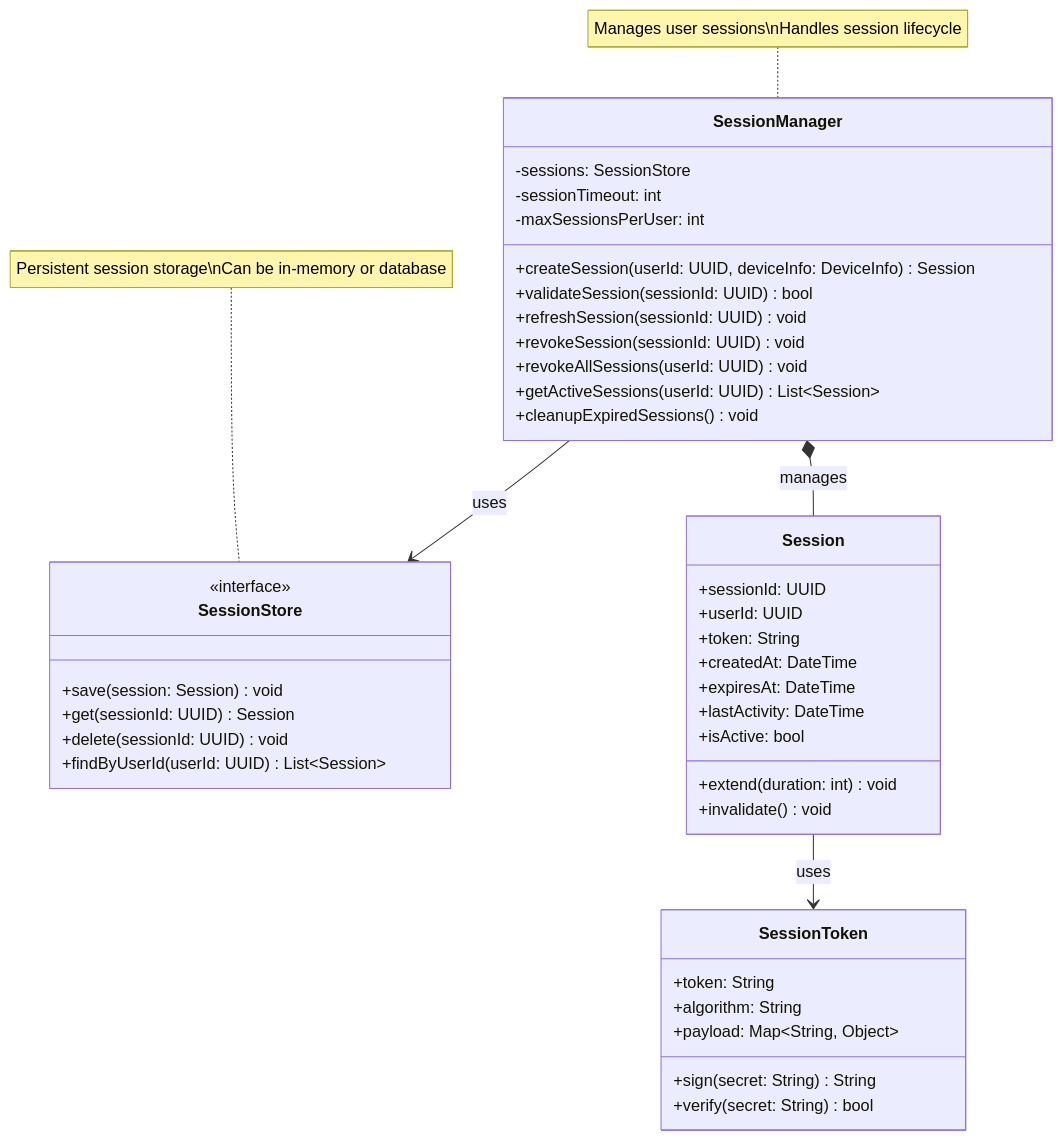
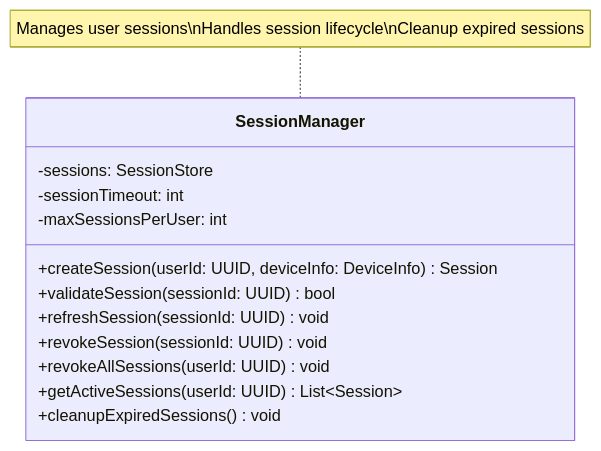
One commit to mj010101/swe_25f changed diagram 14 of 18 in diagrams/business_class_diagram.md. Above: the diagram before and after it, drawn with Mermaid. The commit also changed other lines of this file, not shown here.

Commit message:
fix: business class diagram

````diff
--- a/diagrams/business_class_diagram.md
+++ b/diagrams/business_class_diagram.md
@@ -987,52 +458,19 @@
 ```mermaid
 classDiagram
     direction TB
 
     class SessionManager {
         -sessions: SessionStore
         -sessionTimeout: int
         -maxSessionsPerUser: int
         +createSession(userId: UUID, deviceInfo: DeviceInfo) Session
         +validateSession(sessionId: UUID) bool
         +refreshSession(sessionId: UUID) void
         +revokeSession(sessionId: UUID) void
         +revokeAllSessions(userId: UUID) void
         +getActiveSessions(userId: UUID) List~Session~
         +cleanupExpiredSessions() void
     }
 
-    class SessionStore {
-        <<interface>>
-        +save(session: Session) void
-        +get(sessionId: UUID) Session
-        +delete(sessionId: UUID) void
-        +findByUserId(userId: UUID) List~Session~
-    }
-
-    class Session {
-        +sessionId: UUID
-        +userId: UUID
-        +token: String
-        +createdAt: DateTime
-        +expiresAt: DateTime
-        +lastActivity: DateTime
-        +isActive: bool
-        +extend(duration: int) void
-        +invalidate() void
-    }
-
-    class SessionToken {
-        +token: String
-        +algorithm: String
-        +payload: Map~String, Object~
-        +sign(secret: String) String
-        +verify(secret: String) bool
-    }
-
-    SessionManager --> SessionStore : uses
-    SessionManager *-- Session : manages
-    Session --> SessionToken : uses
-
-    note for SessionManager "Manages user sessions\nHandles session lifecycle"
-    note for SessionStore "Persistent session storage\nCan be in-memory or database"
+    note for SessionManager "Manages user sessions\nHandles session lifecycle\nCleanup expired sessions"
 ```
````
